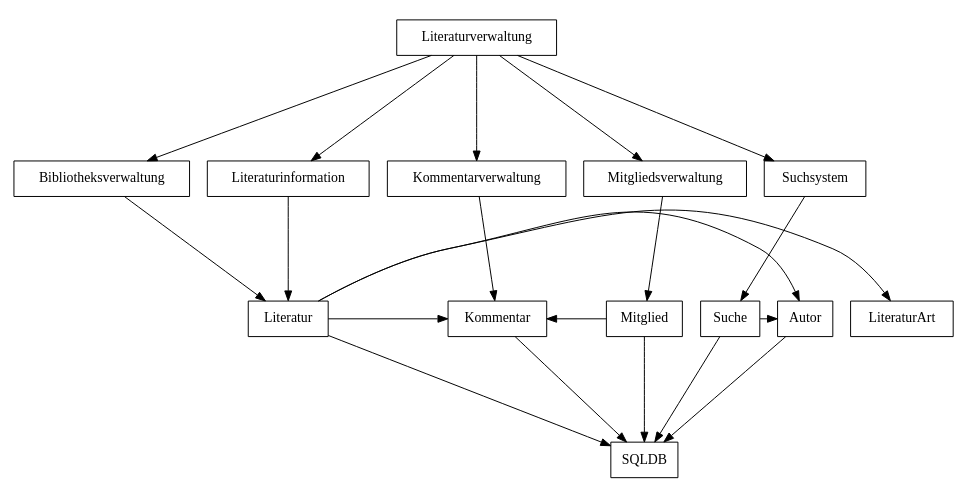
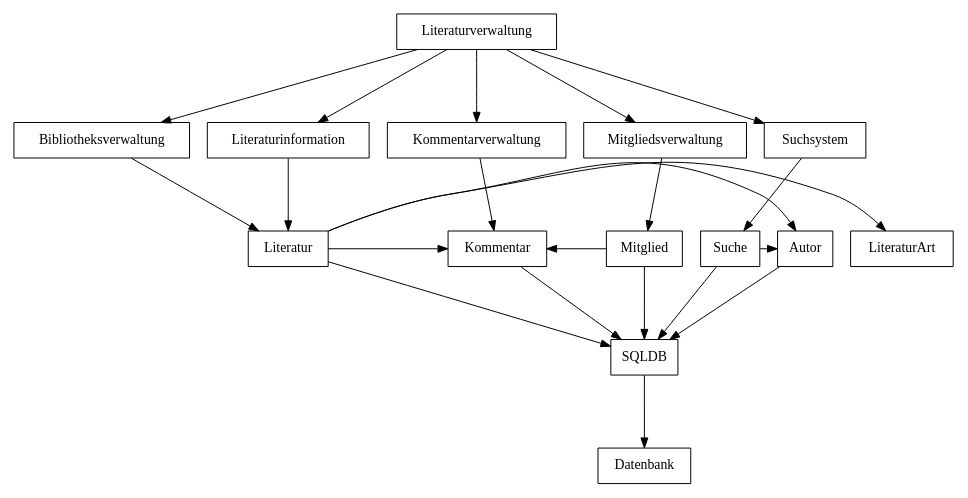
The diagram in trunk/docs/beleg2/systemarchitektur.dot (BackupTheBerlios/liman-svn), drawn with Graphviz before and after one commit. The commit also changed 8 other files, not shown here.

```diff
--- a/trunk/docs/beleg2/systemarchitektur.dot
+++ b/trunk/docs/beleg2/systemarchitektur.dot
@@ -1,82 +1,92 @@
 digraph G
 {
 	ranksep=1;
 	concentrate=true;
 	ratio=fill;
 	size="10,5"
 	subgraph LiMan
 	{
 		node [shape=box];
 		rank = min;
 
 		Literaturverwaltung
 	}
 
 	subgraph Prozesse
 	{
 		node [shape=box];
 		rank = same;
 
 		Bibliotheksverwaltung
 		Kommentarverwaltung
 		Mitgliedsverwaltung
 		Literaturinformation
 		Suchsystem
 	}
 
 	subgraph Klassen
 	{
 		node [shape=box];
 		edge [weight=100, minlen=0, constraint=false]
 		rank = same;
 		
 		LiteraturArt
 		Autor
 		Kommentar
 		Literatur
 		Mitglied
 		Suche
 
 		// Klassen untereinander
 		Literatur -> Autor
 		Literatur -> Kommentar
 		Literatur -> LiteraturArt
 		Mitglied -> Kommentar
 	
 		Suche -> Autor
 	}
 
+	subgraph SQLDB
+	{
+		node [shape=box]
+		rank = same
+
+		SQLDB
+	}
+
 	subgraph Datenbank
 	{
 		node [shape=box];
 		rank = max;
 
-		SQLDB
+		Datenbank
 	}
 
 
 	// LiMan zu Prozesse
 	Literaturverwaltung -> Bibliotheksverwaltung
 	Literaturverwaltung -> Kommentarverwaltung
 	Literaturverwaltung -> Mitgliedsverwaltung
 	Literaturverwaltung -> Literaturinformation
 	Literaturverwaltung -> Suchsystem
 
 	// Prozesse zu Klassen
 	Bibliotheksverwaltung -> Literatur
 
 	Literaturinformation -> Literatur
 
 	Kommentarverwaltung -> Kommentar
 
 	Mitgliedsverwaltung -> Mitglied
 
 	Suchsystem -> Suche
 
 	// Klassen auf Datenbank
 	Autor -> SQLDB
 	Kommentar -> SQLDB
 	Literatur -> SQLDB
 	Mitglied -> SQLDB
 	Suche -> SQLDB
+
+	SQLDB -> Datenbank
 }
```
